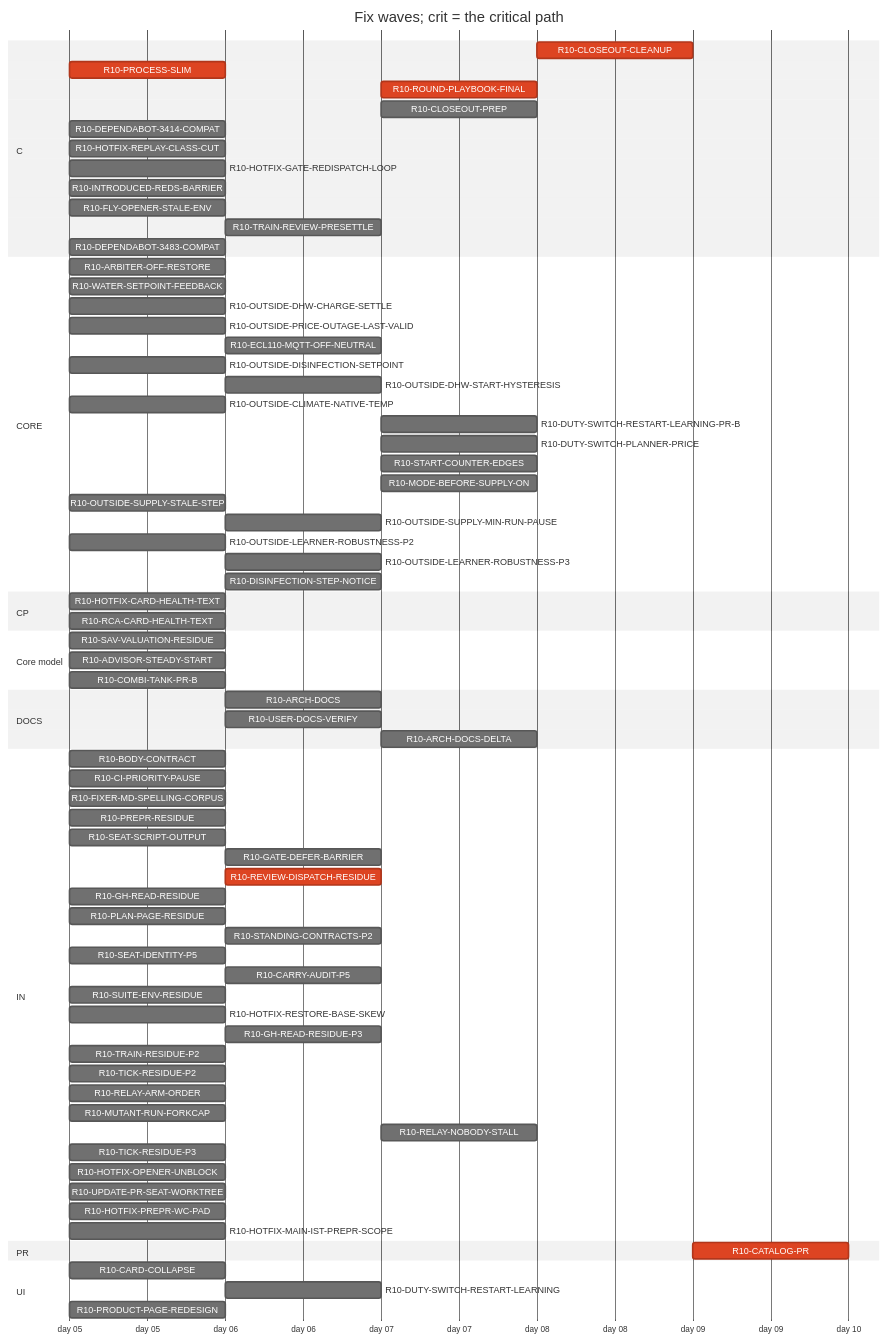
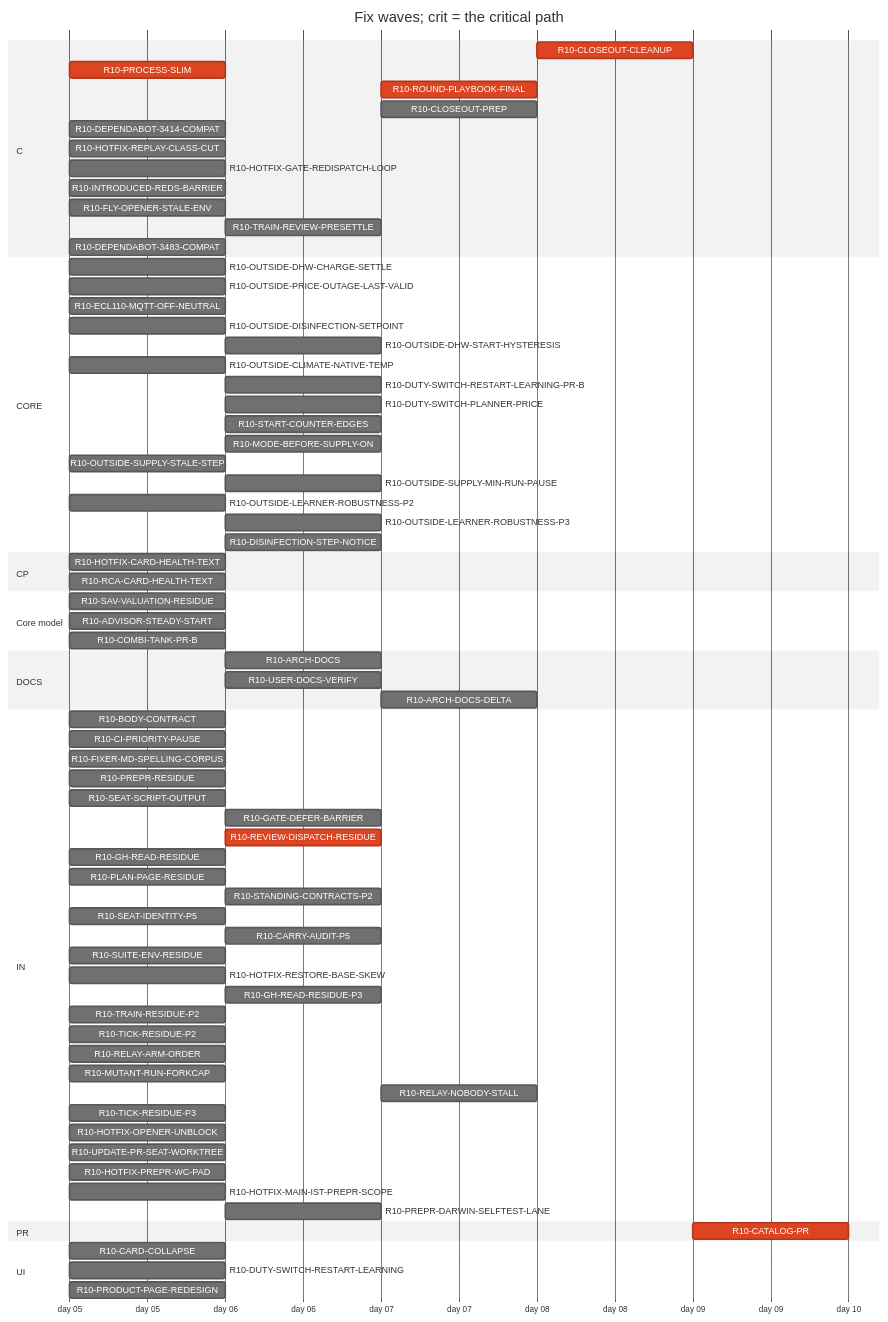
Before and after one commit to tvofi/heatpump_optimizer: the diagram in handoff/round10/state/PLAN-TABLE.md, drawn with Mermaid (neutral theme). The commit also changed other lines of this file and 3 other files, not shown here.

Commit message:
state: FLOW-BOARD.md, NEXT-SESSION-PROMPT.md, PLAN-TABLE.md, RESUME-CURRENT.md regenerated (state_docs.py)

````diff
--- a/handoff/round10/state/PLAN-TABLE.md
+++ b/handoff/round10/state/PLAN-TABLE.md
@@ -21,79 +21,78 @@
 ```mermaid
 gantt
   title Fix waves; crit = the critical path
   dateFormat YYYY-MM-DD
   axisFormat day %d
   section C
     R10-CLOSEOUT-CLEANUP :crit, r10CLOSEOUTCLEANUP, after r10ARCHDOCS r10USERDOCSVERIFY r10ROUNDPLAYBOOKFINAL r10CLOSEOUTPREP r10ARCHDOCSDELTA, 1d
     R10-PROCESS-SLIM :crit, r10PROCESSSLIM, 2026-01-05, 1d
     R10-ROUND-PLAYBOOK-FINAL :crit, r10ROUNDPLAYBOOKFINAL, after r10BODYCONTRACT r10PROCESSSLIM r10FIXERMDSPELLINGCORPUS r10PREPRRESIDUE r10SEATSCRIPTOUTPUT r10REVIEWDISPATCHRESIDUE r10CARRYAUDITP5 r10SEATIDENTITYP5 r10STANDINGCONTRACTSP2 r10PLANPAGERESIDUE r10GHREADRESIDUE r10SUITEENVRESIDUE r10GATEDEFERBARRIER, 1d
     R10-CLOSEOUT-PREP :r10CLOSEOUTPREP, after r10ARCHDOCS r10BODYCONTRACT r10PROCESSSLIM r10FIXERMDSPELLINGCORPUS r10PREPRRESIDUE r10SEATSCRIPTOUTPUT r10REVIEWDISPATCHRESIDUE r10CARRYAUDITP5 r10SEATIDENTITYP5 r10STANDINGCONTRACTSP2 r10PLANPAGERESIDUE r10GHREADRESIDUE r10SUITEENVRESIDUE r10GATEDEFERBARRIER, 1d
     R10-DEPENDABOT-3414-COMPAT :r10DEPENDABOT3414COMPAT, 2026-01-05, 1d
     R10-HOTFIX-REPLAY-CLASS-CUT :r10HOTFIXREPLAYCLASSCUT, 2026-01-05, 1d
     R10-HOTFIX-GATE-REDISPATCH-LOOP :r10HOTFIXGATEREDISPATCHLOOP, 2026-01-05, 1d
     R10-INTRODUCED-REDS-BARRIER :r10INTRODUCEDREDSBARRIER, 2026-01-05, 1d
     R10-FLY-OPENER-STALE-ENV :r10FLYOPENERSTALEENV, 2026-01-05, 1d
     R10-TRAIN-REVIEW-PRESETTLE :r10TRAINREVIEWPRESETTLE, after r10TRAINRESIDUEP2, 1d
     R10-DEPENDABOT-3483-COMPAT :r10DEPENDABOT3483COMPAT, 2026-01-05, 1d
   section CORE
-    R10-ARBITER-OFF-RESTORE :r10ARBITEROFFRESTORE, 2026-01-05, 1d
-    R10-WATER-SETPOINT-FEEDBACK :r10WATERSETPOINTFEEDBACK, 2026-01-05, 1d
     R10-OUTSIDE-DHW-CHARGE-SETTLE :r10OUTSIDEDHWCHARGESETTLE, 2026-01-05, 1d
     R10-OUTSIDE-PRICE-OUTAGE-LAST-VALID :r10OUTSIDEPRICEOUTAGELASTVALID, 2026-01-05, 1d
-    R10-ECL110-MQTT-OFF-NEUTRAL :r10ECL110MQTTOFFNEUTRAL, after r10ARBITEROFFRESTORE, 1d
+    R10-ECL110-MQTT-OFF-NEUTRAL :r10ECL110MQTTOFFNEUTRAL, 2026-01-05, 1d
     R10-OUTSIDE-DISINFECTION-SETPOINT :r10OUTSIDEDISINFECTIONSETPOINT, 2026-01-05, 1d
     R10-OUTSIDE-DHW-START-HYSTERESIS :r10OUTSIDEDHWSTARTHYSTERESIS, after r10OUTSIDEDISINFECTIONSETPOINT, 1d
     R10-OUTSIDE-CLIMATE-NATIVE-TEMP :r10OUTSIDECLIMATENATIVETEMP, 2026-01-05, 1d
     R10-DUTY-SWITCH-RESTART-LEARNING-PR-B :r10DUTYSWITCHRESTARTLEARNINGPRB, after r10DUTYSWITCHRESTARTLEARNING, 1d
     R10-DUTY-SWITCH-PLANNER-PRICE :r10DUTYSWITCHPLANNERPRICE, after r10DUTYSWITCHRESTARTLEARNING, 1d
     R10-START-COUNTER-EDGES :r10STARTCOUNTEREDGES, after r10DUTYSWITCHRESTARTLEARNING, 1d
     R10-MODE-BEFORE-SUPPLY-ON :r10MODEBEFORESUPPLYON, after r10DUTYSWITCHRESTARTLEARNING, 1d
     R10-OUTSIDE-SUPPLY-STALE-STEP :r10OUTSIDESUPPLYSTALESTEP, 2026-01-05, 1d
     R10-OUTSIDE-SUPPLY-MIN-RUN-PAUSE :r10OUTSIDESUPPLYMINRUNPAUSE, after r10OUTSIDESUPPLYSTALESTEP, 1d
     R10-OUTSIDE-LEARNER-ROBUSTNESS-P2 :r10OUTSIDELEARNERROBUSTNESSP2, 2026-01-05, 1d
     R10-OUTSIDE-LEARNER-ROBUSTNESS-P3 :r10OUTSIDELEARNERROBUSTNESSP3, after r10OUTSIDELEARNERROBUSTNESSP2, 1d
     R10-DISINFECTION-STEP-NOTICE :r10DISINFECTIONSTEPNOTICE, after r10OUTSIDEDISINFECTIONSETPOINT, 1d
   section CP
     R10-HOTFIX-CARD-HEALTH-TEXT :r10HOTFIXCARDHEALTHTEXT, 2026-01-05, 1d
     R10-RCA-CARD-HEALTH-TEXT :r10RCACARDHEALTHTEXT, 2026-01-05, 1d
   section Core model
     R10-SAV-VALUATION-RESIDUE :r10SAVVALUATIONRESIDUE, 2026-01-05, 1d
     R10-ADVISOR-STEADY-START :r10ADVISORSTEADYSTART, 2026-01-05, 1d
     R10-COMBI-TANK-PR-B :r10COMBITANKPRB, 2026-01-05, 1d
   section DOCS
     R10-ARCH-DOCS :r10ARCHDOCS, after r10BODYCONTRACT r10PROCESSSLIM, 1d
-    R10-USER-DOCS-VERIFY :r10USERDOCSVERIFY, after r10ARBITEROFFRESTORE r10PRODUCTPAGEREDESIGN, 1d
-    R10-ARCH-DOCS-DELTA :r10ARCHDOCSDELTA, after r10ARCHDOCS r10ARBITEROFFRESTORE r10SAVVALUATIONRESIDUE r10ADVISORSTEADYSTART r10COMBITANKPRB, 1d
+    R10-USER-DOCS-VERIFY :r10USERDOCSVERIFY, after r10PRODUCTPAGEREDESIGN, 1d
+    R10-ARCH-DOCS-DELTA :r10ARCHDOCSDELTA, after r10ARCHDOCS r10SAVVALUATIONRESIDUE r10ADVISORSTEADYSTART r10COMBITANKPRB, 1d
   section IN
     R10-BODY-CONTRACT :r10BODYCONTRACT, 2026-01-05, 1d
     R10-CI-PRIORITY-PAUSE :r10CIPRIORITYPAUSE, 2026-01-05, 1d
     R10-FIXER-MD-SPELLING-CORPUS :r10FIXERMDSPELLINGCORPUS, 2026-01-05, 1d
     R10-PREPR-RESIDUE :r10PREPRRESIDUE, 2026-01-05, 1d
     R10-SEAT-SCRIPT-OUTPUT :r10SEATSCRIPTOUTPUT, 2026-01-05, 1d
     R10-GATE-DEFER-BARRIER :r10GATEDEFERBARRIER, after r10HOTFIXGATEREDISPATCHLOOP, 1d
     R10-REVIEW-DISPATCH-RESIDUE :crit, r10REVIEWDISPATCHRESIDUE, after r10PROCESSSLIM, 1d
     R10-GH-READ-RESIDUE :r10GHREADRESIDUE, 2026-01-05, 1d
     R10-PLAN-PAGE-RESIDUE :r10PLANPAGERESIDUE, 2026-01-05, 1d
     R10-STANDING-CONTRACTS-P2 :r10STANDINGCONTRACTSP2, after r10FIXERMDSPELLINGCORPUS, 1d
     R10-SEAT-IDENTITY-P5 :r10SEATIDENTITYP5, 2026-01-05, 1d
     R10-CARRY-AUDIT-P5 :r10CARRYAUDITP5, after r10BODYCONTRACT, 1d
     R10-SUITE-ENV-RESIDUE :r10SUITEENVRESIDUE, 2026-01-05, 1d
     R10-HOTFIX-RESTORE-BASE-SKEW :r10HOTFIXRESTOREBASESKEW, 2026-01-05, 1d
     R10-GH-READ-RESIDUE-P3 :r10GHREADRESIDUEP3, after r10GHREADRESIDUE, 1d
     R10-TRAIN-RESIDUE-P2 :r10TRAINRESIDUEP2, 2026-01-05, 1d
     R10-TICK-RESIDUE-P2 :r10TICKRESIDUEP2, 2026-01-05, 1d
     R10-RELAY-ARM-ORDER :r10RELAYARMORDER, 2026-01-05, 1d
     R10-MUTANT-RUN-FORKCAP :r10MUTANTRUNFORKCAP, 2026-01-05, 1d
     R10-RELAY-NOBODY-STALL :r10RELAYNOBODYSTALL, after r10RELAYARMORDER r10REVIEWDISPATCHRESIDUE, 1d
     R10-TICK-RESIDUE-P3 :r10TICKRESIDUEP3, 2026-01-05, 1d
     R10-HOTFIX-OPENER-UNBLOCK :r10HOTFIXOPENERUNBLOCK, 2026-01-05, 1d
     R10-UPDATE-PR-SEAT-WORKTREE :r10UPDATEPRSEATWORKTREE, 2026-01-05, 1d
     R10-HOTFIX-PREPR-WC-PAD :r10HOTFIXPREPRWCPAD, 2026-01-05, 1d
     R10-HOTFIX-MAIN-IST-PREPR-SCOPE :r10HOTFIXMAINISTPREPRSCOPE, 2026-01-05, 1d
+    R10-PREPR-DARWIN-SELFTEST-LANE :r10PREPRDARWINSELFTESTLANE, after r10HOTFIXPREPRWCPAD, 1d
   section PR
     R10-CATALOG-PR :crit, r10CATALOGPR, after r10USERDOCSVERIFY r10ARCHDOCS r10ROUNDPLAYBOOKFINAL r10CLOSEOUTCLEANUP r10CLOSEOUTPREP r10ARCHDOCSDELTA, 1d
   section UI
     R10-CARD-COLLAPSE :r10CARDCOLLAPSE, 2026-01-05, 1d
-    R10-DUTY-SWITCH-RESTART-LEARNING :r10DUTYSWITCHRESTARTLEARNING, after r10WATERSETPOINTFEEDBACK, 1d
+    R10-DUTY-SWITCH-RESTART-LEARNING :r10DUTYSWITCHRESTARTLEARNING, 2026-01-05, 1d
     R10-PRODUCT-PAGE-REDESIGN :r10PRODUCTPAGEREDESIGN, 2026-01-05, 1d
 ```
````
